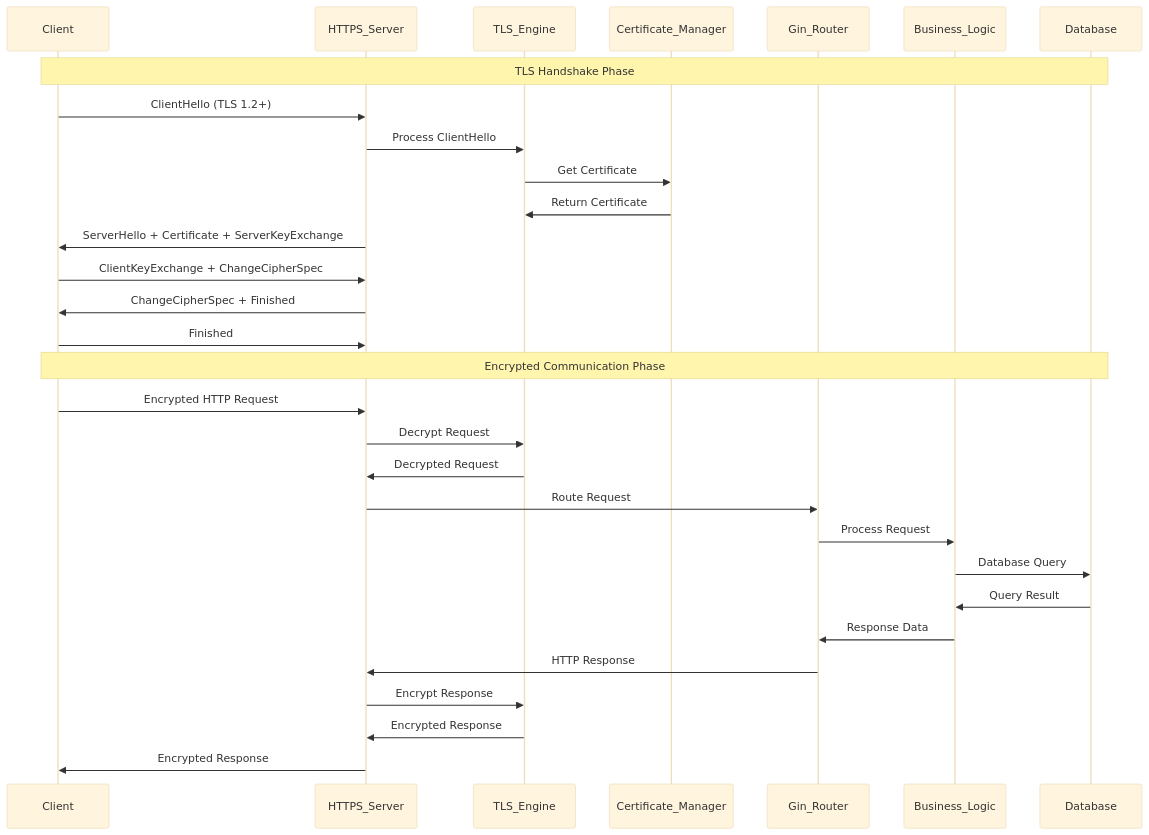
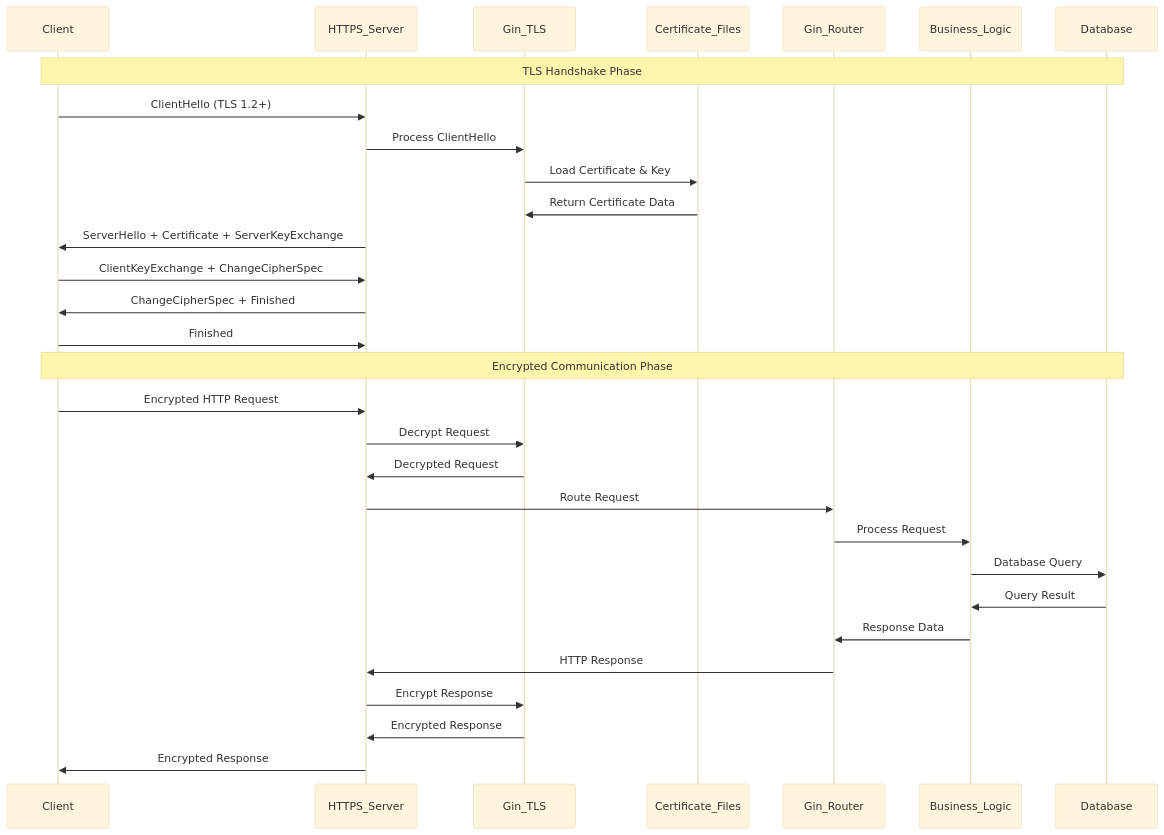
Before and after one commit to tushg/tushartemplategin: the third of 8 diagrams in docs/serviceSSLArch.md, drawn with Mermaid (base theme). The commit also changed other lines of this file and 1 other file, not shown here.

First line of the commit message:
refactor: simplify TLS implementation using Gin's built-in functionality

````diff
--- a/docs/serviceSSLArch.md
+++ b/docs/serviceSSLArch.md
@@ -158,34 +211,34 @@
 ```mermaid
 sequenceDiagram
     participant Client
     participant HTTPS_Server
-    participant TLS_Engine
-    participant Certificate_Manager
+    participant Gin_TLS
+    participant Certificate_Files
     participant Gin_Router
     participant Business_Logic
     participant Database
     
     Note over Client,Database: TLS Handshake Phase
     Client->>HTTPS_Server: ClientHello (TLS 1.2+)
-    HTTPS_Server->>TLS_Engine: Process ClientHello
-    TLS_Engine->>Certificate_Manager: Get Certificate
-    Certificate_Manager->>TLS_Engine: Return Certificate
+    HTTPS_Server->>Gin_TLS: Process ClientHello
+    Gin_TLS->>Certificate_Files: Load Certificate & Key
+    Certificate_Files->>Gin_TLS: Return Certificate Data
     HTTPS_Server->>Client: ServerHello + Certificate + ServerKeyExchange
     Client->>HTTPS_Server: ClientKeyExchange + ChangeCipherSpec
     HTTPS_Server->>Client: ChangeCipherSpec + Finished
     Client->>HTTPS_Server: Finished
     
     Note over Client,Database: Encrypted Communication Phase
     Client->>HTTPS_Server: Encrypted HTTP Request
-    HTTPS_Server->>TLS_Engine: Decrypt Request
-    TLS_Engine->>HTTPS_Server: Decrypted Request
+    HTTPS_Server->>Gin_TLS: Decrypt Request
+    Gin_TLS->>HTTPS_Server: Decrypted Request
     HTTPS_Server->>Gin_Router: Route Request
     Gin_Router->>Business_Logic: Process Request
     Business_Logic->>Database: Database Query
     Database->>Business_Logic: Query Result
     Business_Logic->>Gin_Router: Response Data
     Gin_Router->>HTTPS_Server: HTTP Response
-    HTTPS_Server->>TLS_Engine: Encrypt Response
-    TLS_Engine->>HTTPS_Server: Encrypted Response
+    HTTPS_Server->>Gin_TLS: Encrypt Response
+    Gin_TLS->>HTTPS_Server: Encrypted Response
     HTTPS_Server->>Client: Encrypted Response
 ```
````
